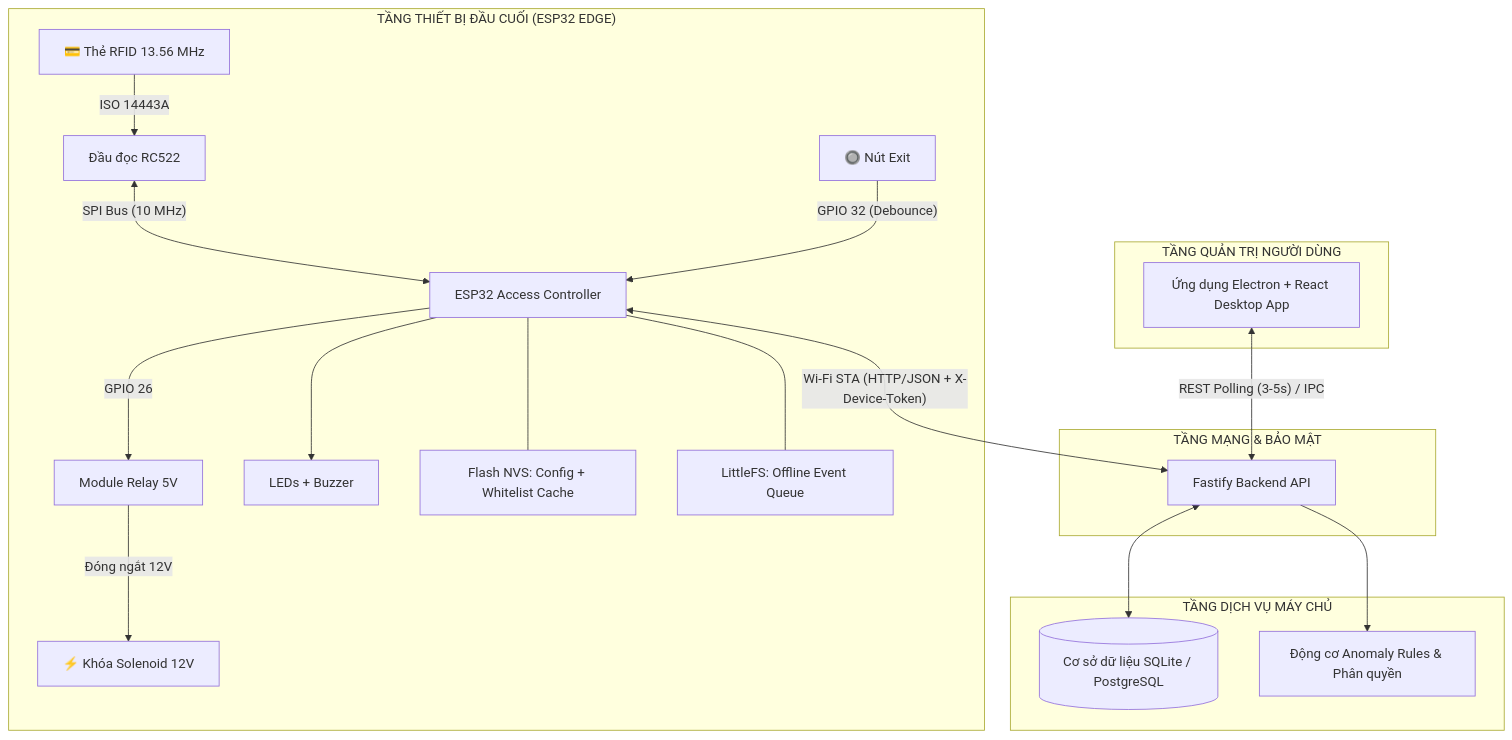
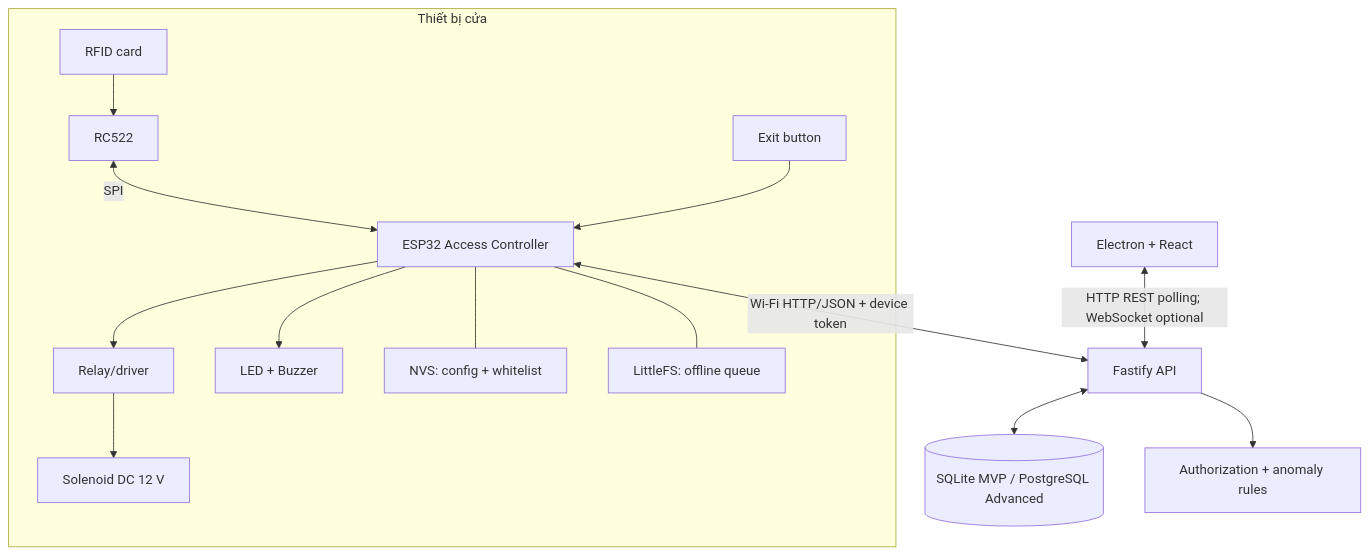
One commit to NguyenHoangUy1305/iot-rfid-access-control changed the second of 4 diagrams in docs/SO_DO_KY_THUAT_VA_LY_THUYET.md. Above: the diagram before and after it, drawn with Mermaid. The commit also changed other lines of this file and 1 other file, not shown here.

Commit message:
docs: finalize Project 1 technical roadmap and schematics to v1.1 with enterprise gap analysis

````diff
--- a/docs/SO_DO_KY_THUAT_VA_LY_THUYET.md
+++ b/docs/SO_DO_KY_THUAT_VA_LY_THUYET.md
@@ -273,26 +187,17 @@
 ```mermaid
 graph TB
-    subgraph Edge ["TẦNG THIẾT BỊ ĐẦU CUỐI (ESP32 EDGE)"]
-        Card["💳 Thẻ RFID 13.56 MHz"] -->|"ISO 14443A"| RC522["Đầu đọc RC522"]
-        RC522 <-->|"SPI Bus (10 MHz)"| ESP32["ESP32 Access Controller"]
-        Exit["🔘 Nút Exit"] -->|"GPIO 32 (Debounce)"| ESP32
-        ESP32 -->|"GPIO 26"| Relay["Module Relay 5V"]
-        Relay -->|"Đóng ngắt 12V"| Lock["⚡ Khóa Solenoid 12V"]
-        ESP32 --> Indicators["LEDs + Buzzer"]
-        ESP32 --- NVS["Flash NVS: Config + Whitelist Cache"]
-        ESP32 --- LittleFS["LittleFS: Offline Event Queue"]
+    subgraph Edge["Thiết bị cửa"]
+        Card["RFID card"] --> RC522["RC522"]
+        RC522 <-->|"SPI"| ESP32["ESP32 Access Controller"]
+        Exit["Exit button"] --> ESP32
+        ESP32 --> Relay["Relay/driver"]
+        Relay --> Lock["Solenoid DC 12 V"]
+        ESP32 --> Indicators["LED + Buzzer"]
+        ESP32 --- NVS["NVS: config + whitelist"]
+        ESP32 --- LFS["LittleFS: offline queue"]
     end
-
-    subgraph Network ["TẦNG MẠNG & BẢO MẬT"]
-        ESP32 <-->|"Wi-Fi STA (HTTP/JSON + X-Device-Token)"| Fastify["Fastify Backend API"]
-    end
-
-    subgraph Cloud ["TẦNG DỊCH VỤ MÁY CHỦ"]
-        Fastify <--> DB[("Cơ sở dữ liệu SQLite / PostgreSQL")]
-        Fastify --> Engine["Động cơ Anomaly Rules & Phân quyền"]
-    end
-
-    subgraph Management ["TẦNG QUẢN TRỊ NGƯỜI DÙNG"]
-        Desktop["Ứng dụng Electron + React Desktop App"] <-->|"REST Polling (3-5s) / IPC"| Fastify
-    end
+    ESP32 <-->|"Wi-Fi HTTP/JSON + device token"| API["Fastify API"]
+    API <--> DB[("SQLite MVP / PostgreSQL Advanced")]
+    API --> Rules["Authorization + anomaly rules"]
+    Desktop["Electron + React"] <-->|"HTTP REST polling; WebSocket optional"| API
 ```
````
